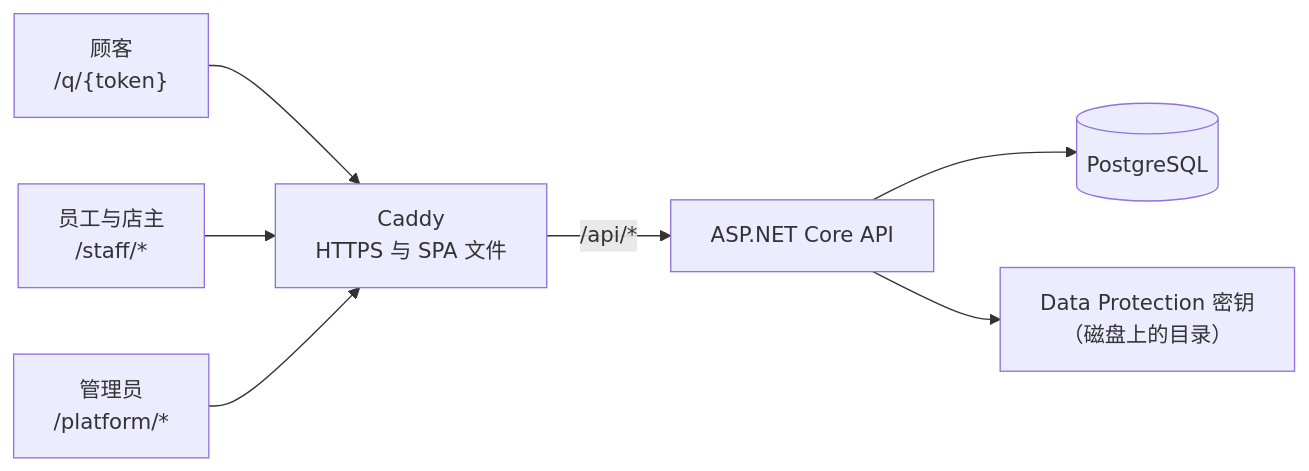
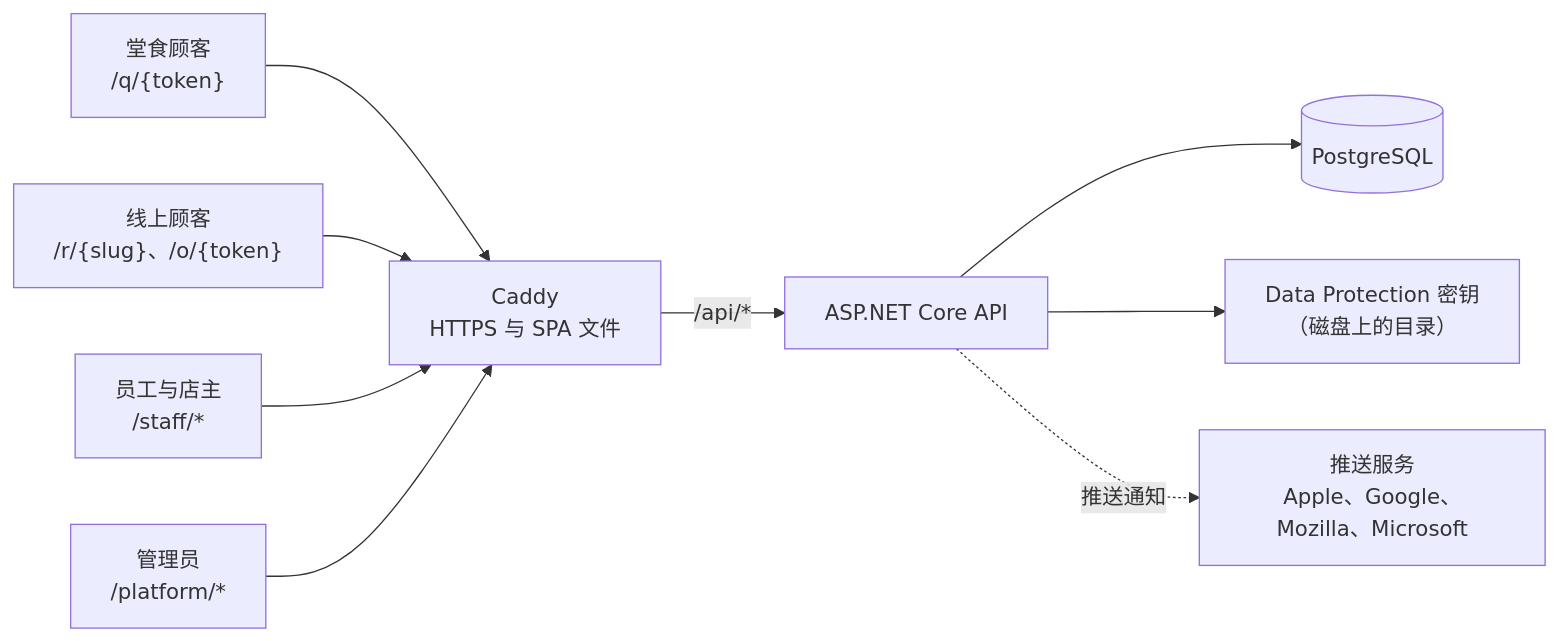
The first of 5 diagrams in docs/zh-CN/development-notes.md (lorenzoyang/TavoloFlow), drawn with Mermaid before and after one commit. The commit also changed other lines of this file and 2 other files, not shown here.

````diff
--- a/docs/zh-CN/development-notes.md
+++ b/docs/zh-CN/development-notes.md
@@ -97,9 +105,11 @@
 ```mermaid
 flowchart LR
-  G["顾客<br>/q/{token}"] --> C
+  G["堂食顾客<br>/q/{token}"] --> C
+  O["线上顾客<br>/r/{slug}、/o/{token}"] --> C
   S["员工与店主<br>/staff/*"] --> C
   P["管理员<br>/platform/*"] --> C
   C["Caddy<br>HTTPS 与 SPA 文件"] -->|"/api/*"| A["ASP.NET Core API"]
   A --> D[("PostgreSQL")]
   A --> K["Data Protection 密钥<br>（磁盘上的目录）"]
+  A -.->|"推送通知"| N["推送服务<br>Apple、Google、Mozilla、Microsoft"]
 ```
````
